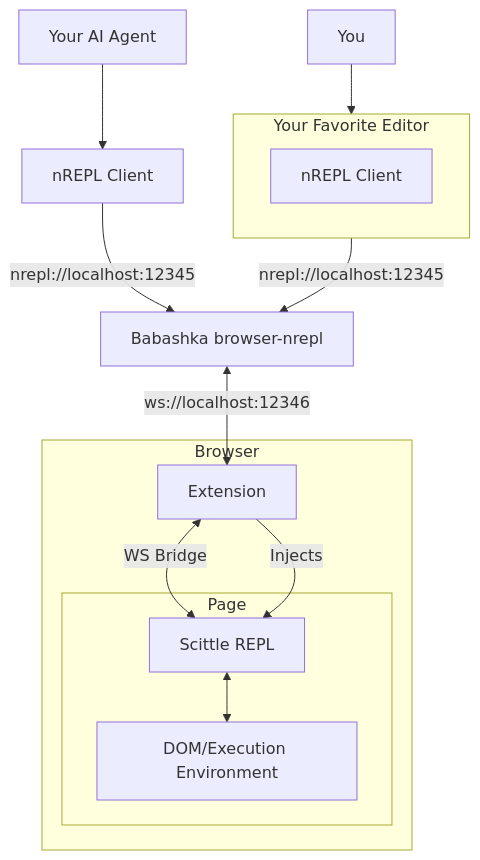
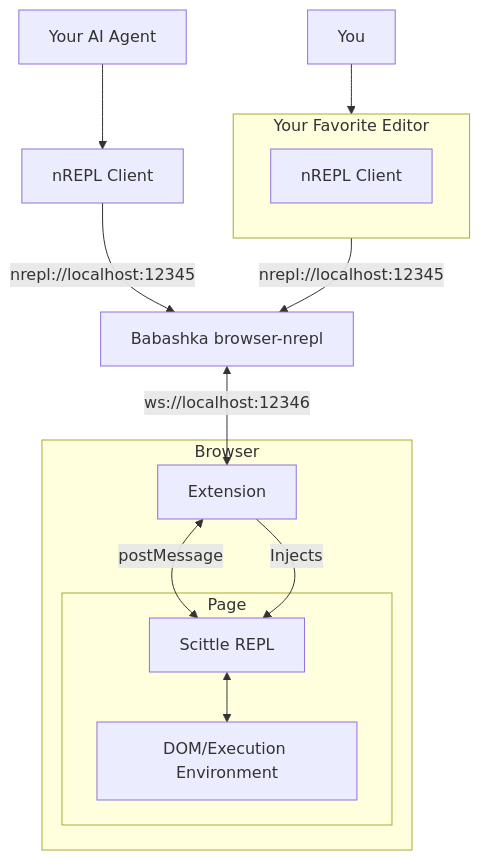
One commit to PEZ/epupp changed the diagram in README.md. Above: the diagram before and after it, drawn with Mermaid. The commit also changed other lines of this file, not shown here.

Commit message:
Update connection diagram

````diff
--- a/README.md
+++ b/README.md
@@ -32,28 +32,28 @@
 ```mermaid
 flowchart
     Human["You"] --> Editor
 
     subgraph Editor["Your Favorite Editor"]
          editor-nREPL["nREPL Client"]
     end
 
     AI["Your AI Agent"] --> nREPL["nREPL Client"]
 
     Editor -->|"nrepl://localhost:12345"| nPort
     nREPL -->|"nrepl://localhost:12345"| nPort
 
     nPort["Babashka browser-nrepl"]
 
     nPort <-->|ws://localhost:12346| Ext
 
     subgraph Browser["Browser"]
         Ext["Extension"]
-        Ext <-->|"WS Bridge"| Scittle["Scittle"]
-        Ext -->|"Injects"| Scittle["Scittle"]
+        Ext <-->|"postMessage"| Scittle
+        Ext -->|"Injects"| Scittle
         subgraph Page
           DOM["DOM/Execution Environment"]
           Scittle["Scittle REPL"]
           Scittle <--> DOM
         end
     end
 ```
````
